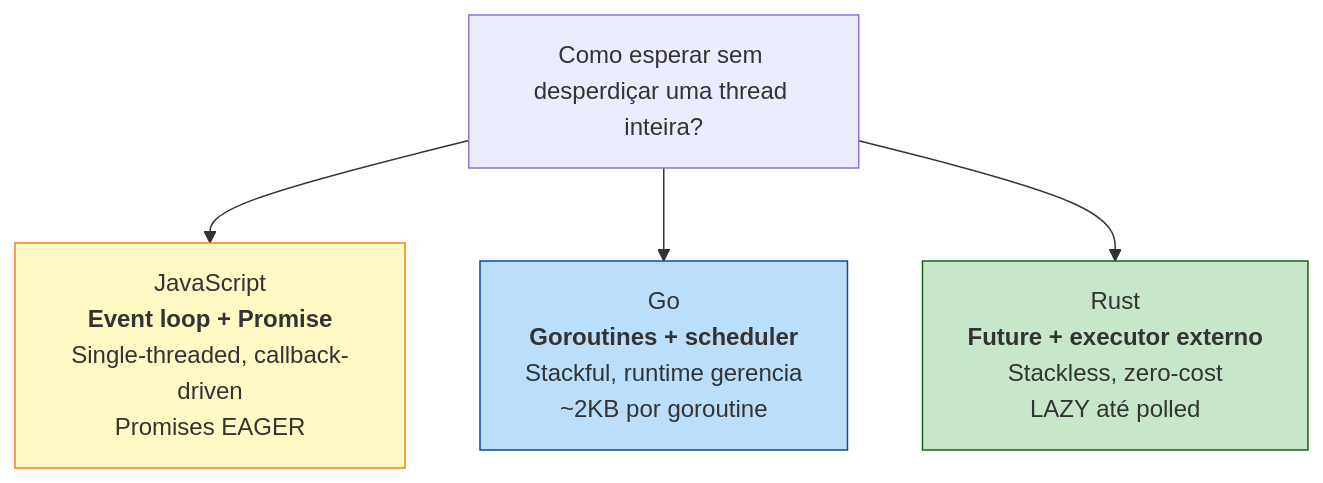
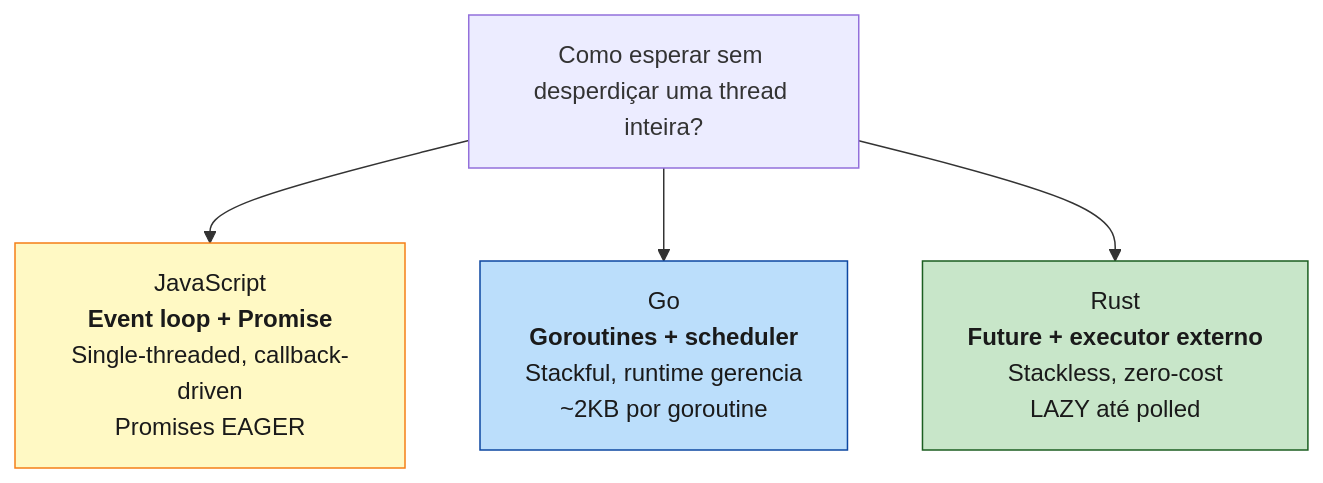
The first of 2 diagrams in book/part-12-async/ch33-futures.md (Felipeness/ferro-e-espirito), drawn with Mermaid before and after one commit. The commit also changed other lines of this file and 56 other files, not shown here.

First line of the commit message:
fix: contraste de texto em diagramas mermaid

````diff
--- a/book/part-12-async/ch33-futures.md
+++ b/book/part-12-async/ch33-futures.md
@@ -16,12 +16,12 @@
 ```mermaid
 graph TB
     Q[Como esperar sem desperdiçar uma thread inteira?]
 
     Q --> JS["JavaScript<br/><b>Event loop + Promise</b><br/>Single-threaded, callback-driven<br/>Promises EAGER"]
     Q --> Go["Go<br/><b>Goroutines + scheduler</b><br/>Stackful, runtime gerencia<br/>~2KB por goroutine"]
     Q --> Rust["Rust<br/><b>Future + executor externo</b><br/>Stackless, zero-cost<br/>LAZY até polled"]
 
-    style JS fill:#fff9c4,stroke:#f57f17
-    style Go fill:#bbdefb,stroke:#0d47a1
-    style Rust fill:#c8e6c9,stroke:#1b5e20
+    style JS fill:#fff9c4,stroke:#f57f17,color:#1a1a1a
+    style Go fill:#bbdefb,stroke:#0d47a1,color:#1a1a1a
+    style Rust fill:#c8e6c9,stroke:#1b5e20,color:#1a1a1a
 ```
````
